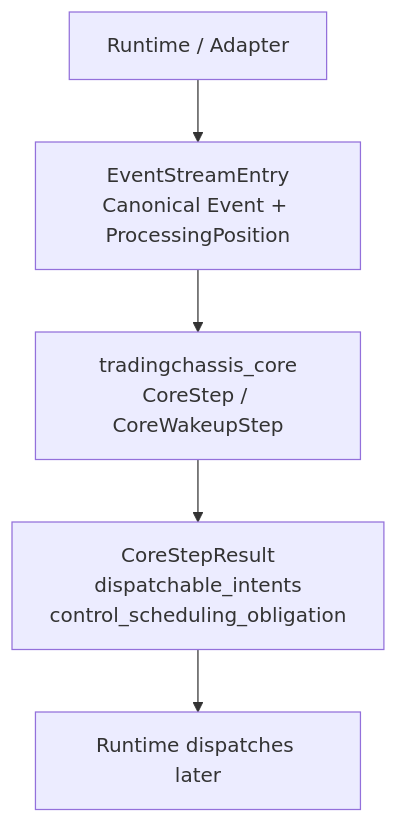
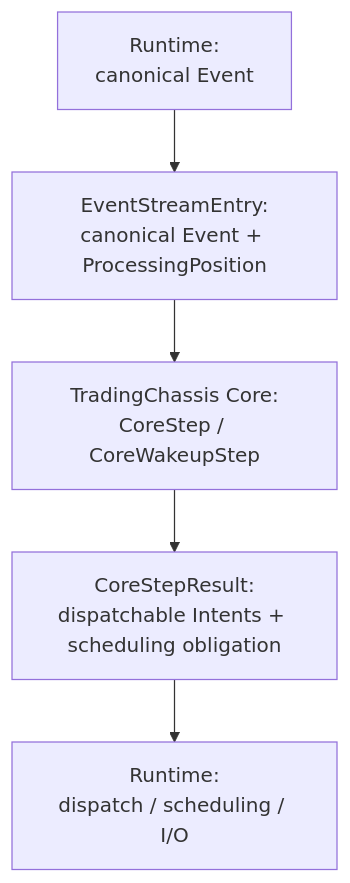
Before and after one commit to trading-engineering/trading-platform: the diagram in README.md, drawn with Mermaid. The commit also changed other lines of this file, not shown here.

Commit message:
docs(core): clarify motivation and backtest live parity

````diff
--- a/README.md
+++ b/README.md
@@ -99,7 +55,7 @@
 ```mermaid
 flowchart TB
-    Runtime["Runtime / Adapter"] --> Entry["EventStreamEntry<br/>Canonical Event + ProcessingPosition"]
-    Entry --> Core["tradingchassis_core<br/>CoreStep / CoreWakeupStep"]
-    Core --> Result["CoreStepResult<br/>dispatchable_intents<br/>control_scheduling_obligation"]
-    Result --> RuntimeDispatch["Runtime dispatches later"]
+    R1["Runtime:<br/>canonical Event"] --> Entry["EventStreamEntry:<br/>canonical Event + ProcessingPosition"]
+    Entry --> Core["TradingChassis Core:<br/>CoreStep / CoreWakeupStep"]
+    Core --> Result["CoreStepResult:<br/>dispatchable Intents + scheduling obligation"]
+    Result --> R2["Runtime:<br/>dispatch / scheduling / I/O"]
 ```
````
